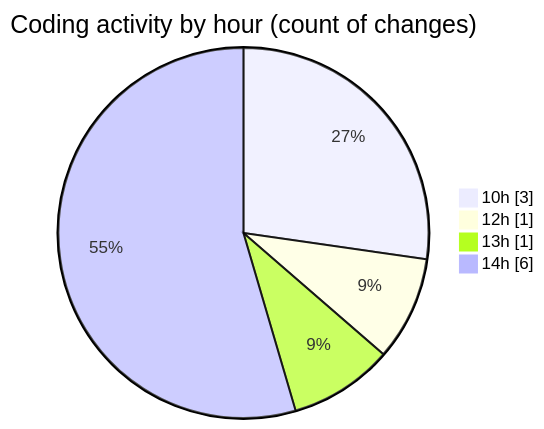
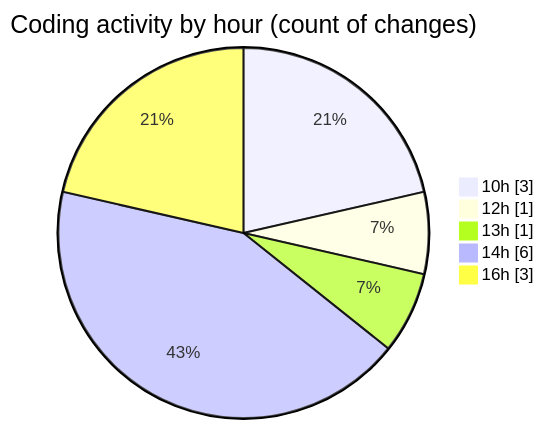
The second of 2 diagrams in 2026-09-16/cilreports__workspace_/README.md (ricardozamudiocil/code-tracking), drawn with Mermaid before and after one commit. The commit also changed other lines of this file and 1 other file, not shown here.

````diff
--- a/2026-09-16/cilreports__workspace_/README.md
+++ b/2026-09-16/cilreports__workspace_/README.md
@@ -33,8 +36,9 @@
 ```mermaid
 pie showData
 title Coding activity by hour (count of changes)
 "10h" : 3
 "12h" : 1
 "13h" : 1
 "14h" : 6
+"16h" : 3
 ```
````
